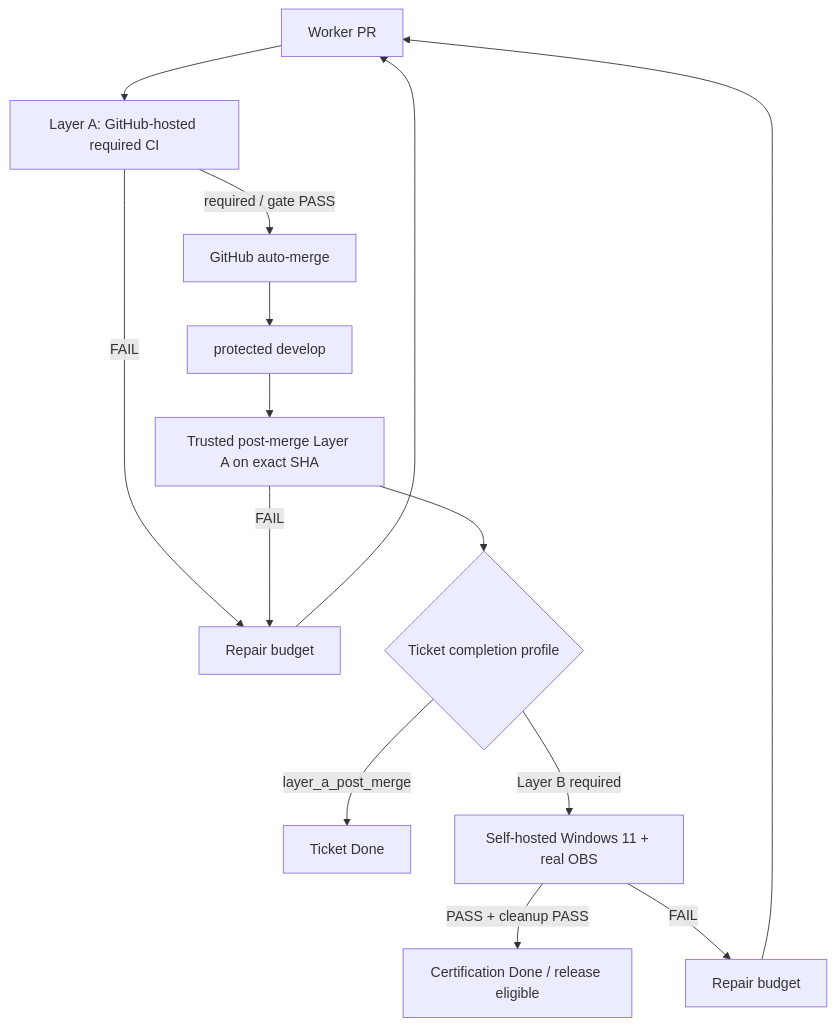
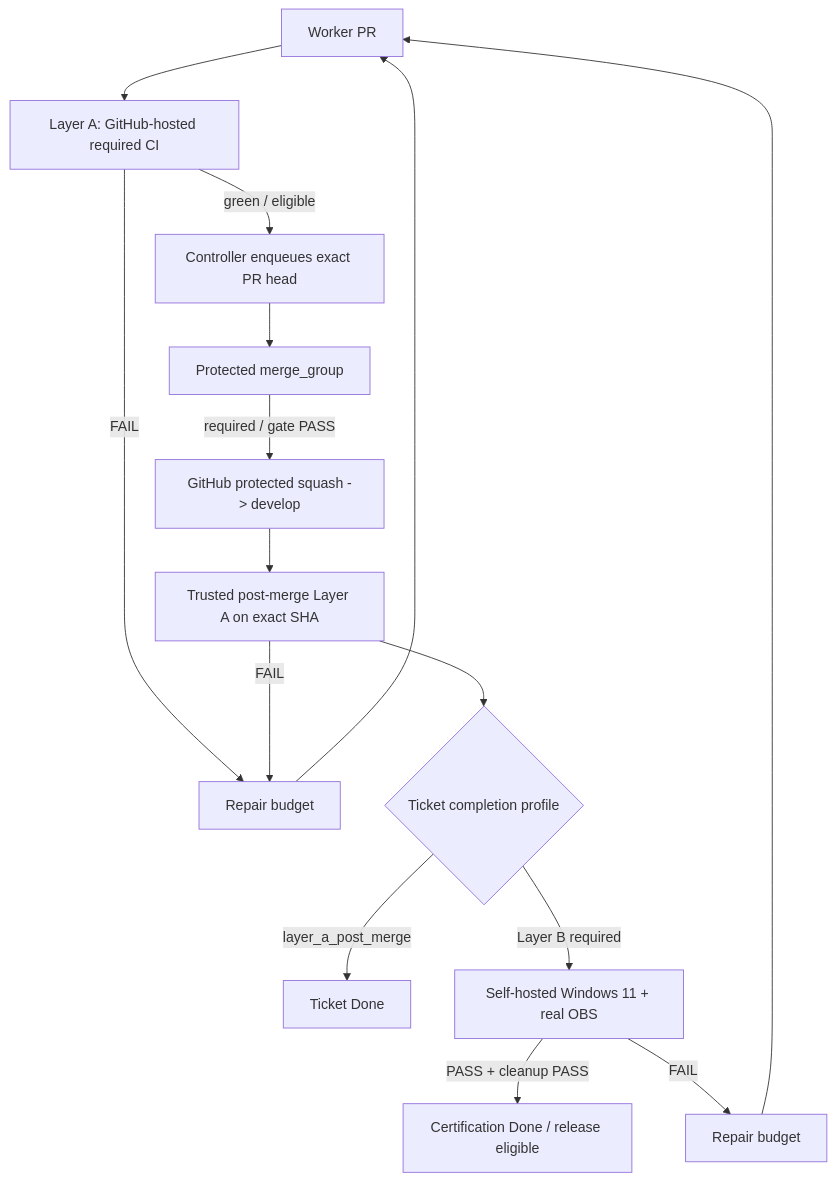
One commit to Wells-Huang/obs-voice-command-windows changed the second of 3 diagrams in WORKFLOW.md. Above: the diagram before and after it, drawn with Mermaid. The commit also changed other lines of this file and 11 other files, not shown here.

````diff
--- a/WORKFLOW.md
+++ b/WORKFLOW.md
@@ -55,16 +55,17 @@
 ```mermaid
 flowchart TD
     PR["Worker PR"] --> A["Layer A: GitHub-hosted required CI"]
     A -->|FAIL| RepairA["Repair budget"]
     RepairA --> PR
-    A -->|required / gate PASS| AutoMerge["GitHub auto-merge"]
-    AutoMerge --> Develop["protected develop"]
+    A -->|green / eligible| Enqueue["Controller enqueues exact PR head"]
+    Enqueue --> Group["Protected merge_group"]
+    Group -->|required / gate PASS| Develop["GitHub protected squash -> develop"]
     Develop --> PushA["Trusted post-merge Layer A on exact SHA"]
     PushA -->|FAIL| RepairA
     PushA --> Profile{"Ticket completion profile"}
     Profile -->|layer_a_post_merge| DoneA["Ticket Done"]
     Profile -->|Layer B required| B["Self-hosted Windows 11 + real OBS"]
     B -->|PASS + cleanup PASS| DoneB["Certification Done / release eligible"]
     B -->|FAIL| RepairB["Repair budget"]
     RepairB --> PR
 ```
````
